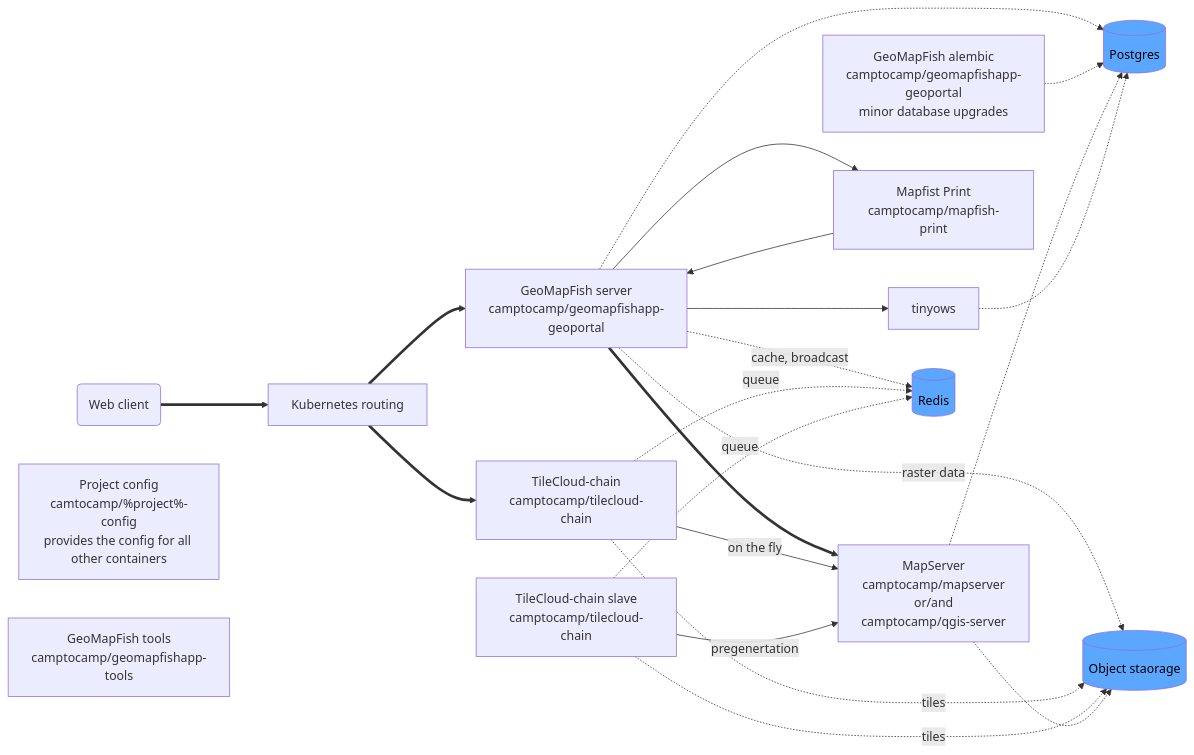
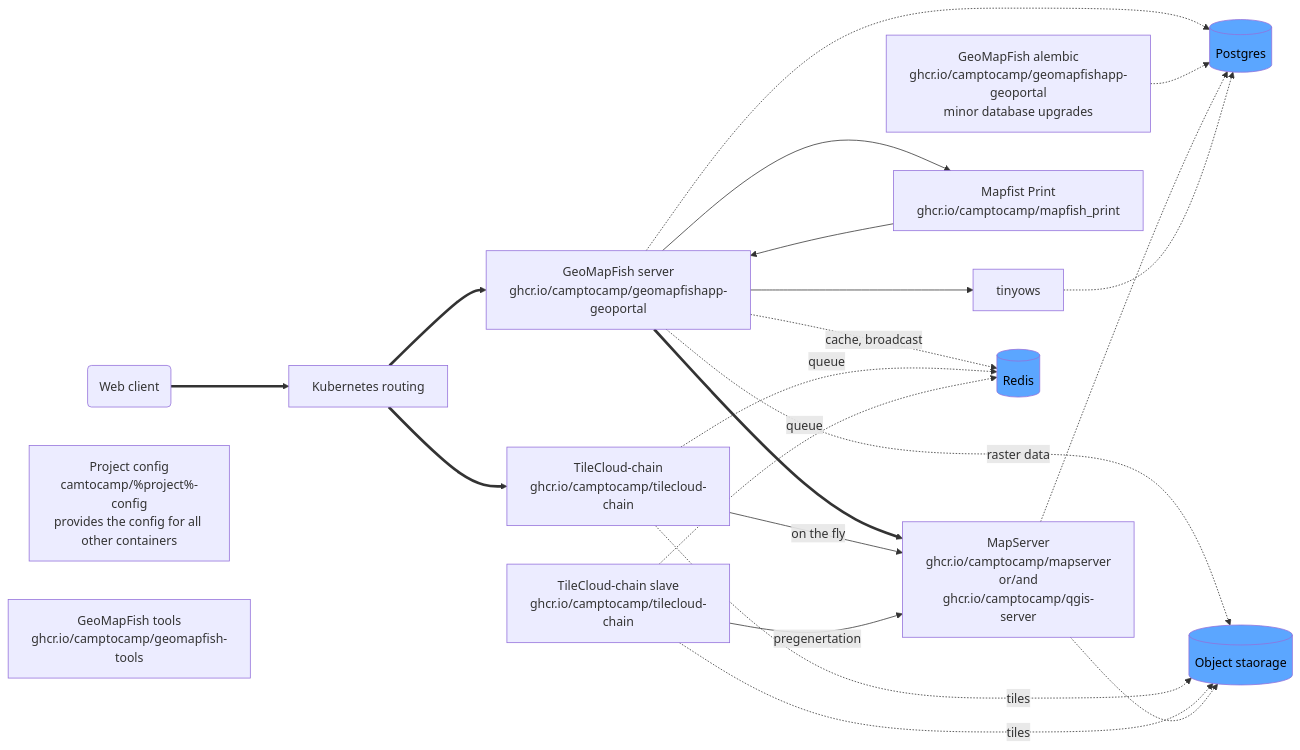
The first of 2 diagrams in doc/integrator/docker.rst (camptocamp/c2cgeoportal), drawn with Mermaid before and after one commit. The commit also changed other lines of this file and 24 other files, not shown here.

```diff
--- a/doc/integrator/docker.rst
+++ b/doc/integrator/docker.rst
@@ -11,48 +11,48 @@
 .. mermaid::
 
     graph LR
 
         client(Web client);
 
         k8s[Kubernetes routing];
-        geoportal[GeoMapFish server<br>camptocamp/geomapfishapp-geoportal];
-        tcc[TileCloud-chain<br>camptocamp/tilecloud-chain];
-        tccs[TileCloud-chain slave<br>camptocamp/tilecloud-chain];
-        mapserver[MapServer<br>camptocamp/mapserver<br>or/and<br>camptocamp/qgis-server];
+        geoportal[GeoMapFish server<br>ghcr.io/camptocamp/geomapfishapp-geoportal];
+        tcc[TileCloud-chain<br>ghcr.io/camptocamp/tilecloud-chain];
+        tccs[TileCloud-chain slave<br>ghcr.io/camptocamp/tilecloud-chain];
+        mapserver[MapServer<br>ghcr.io/camptocamp/mapserver<br>or/and<br>ghcr.io/camptocamp/qgis-server];
         tinyows[tinyows];
-        print[Mapfist Print<br>camptocamp/mapfish-print];
-        alembic[GeoMapFish alembic<br>camptocamp/geomapfishapp-geoportal<br>minor database upgrades];
+        print[Mapfist Print<br>ghcr.io/camptocamp/mapfish_print];
+        alembic[GeoMapFish alembic<br>ghcr.io/camptocamp/geomapfishapp-geoportal<br>minor database upgrades];
         config[Project config<br>camtocamp/%project%-config<br>provides the config for all other containers];
-        tools[GeoMapFish tools<br>camptocamp/geomapfishapp-tools];
+        tools[GeoMapFish tools<br>ghcr.io/camptocamp/geomapfish-tools];
 
         redis[(Redis)];
         redis:::data;
 
 
         postgres[(Postgres)];
         postgres:::data;
         storage[(Object staorage)];
         storage:::data;
 
         client ==> k8s;
         k8s ==> geoportal;
         k8s ==> tcc;
         geoportal --> tinyows;
         geoportal ==> mapserver;
         geoportal -. cache, broadcast .-> redis;
         geoportal -.-> postgres;
         geoportal -. raster data .-> storage;
         tcc -- on the fly --> mapserver;
         tccs -- pregenertation --> mapserver;
         tcc -. queue .-> redis;
         tccs -. queue .-> redis;
         tcc -. tiles .-> storage;
         tccs -. tiles .-> storage;
         geoportal --> print;
         print --> geoportal;
         alembic -.-> postgres;
         mapserver -.-> postgres;
         mapserver -.-> storage;
         tinyows -.-> postgres;
 
         classDef data fill:#5ba6ff,color:black;
```
